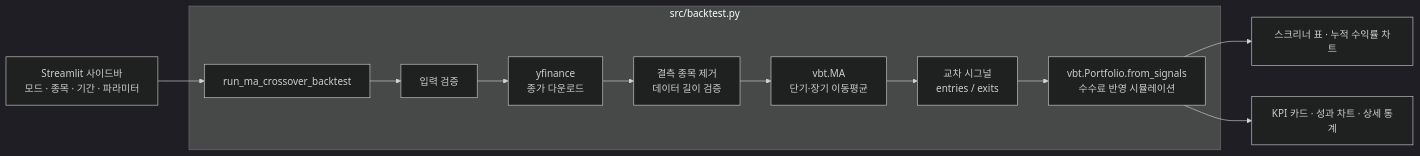
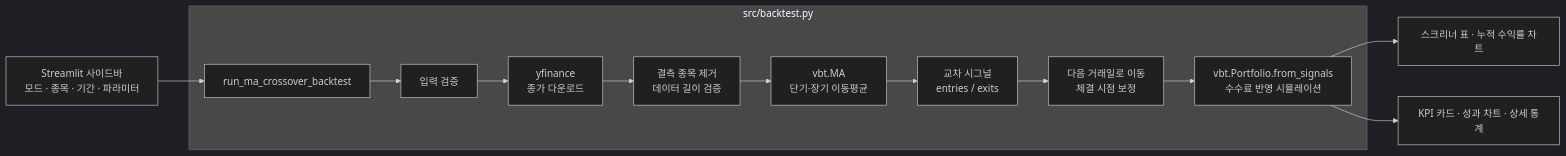
One commit to diacond/QuantInvesting changed the diagram in README.md. Above: the diagram before and after it, drawn with Mermaid (dark theme). The commit also changed other lines of this file, not shown here.

````diff
--- a/README.md
+++ b/README.md
@@ -71,14 +79,15 @@
 ```mermaid
 flowchart LR
     UI[Streamlit 사이드바<br/>모드 · 종목 · 기간 · 파라미터] --> BT[run_ma_crossover_backtest]
     subgraph Engine [src/backtest.py]
         BT --> V[입력 검증]
         V --> D[yfinance<br/>종가 다운로드]
         D --> C[결측 종목 제거<br/>데이터 길이 검증]
         C --> M[vbt.MA<br/>단기·장기 이동평균]
         M --> S[교차 시그널<br/>entries / exits]
-        S --> P[vbt.Portfolio.from_signals<br/>수수료 반영 시뮬레이션]
+        S --> X[다음 거래일로 이동<br/>체결 시점 보정]
+        X --> P[vbt.Portfolio.from_signals<br/>수수료 반영 시뮬레이션]
     end
     P --> R1[스크리너 표 · 누적 수익률 차트]
     P --> R2[KPI 카드 · 성과 차트 · 상세 통계]
 ```
````
